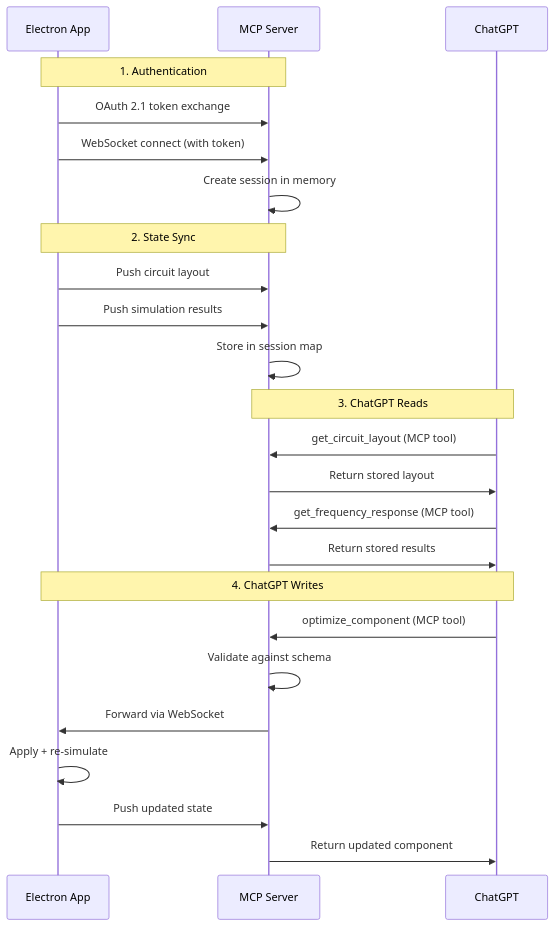
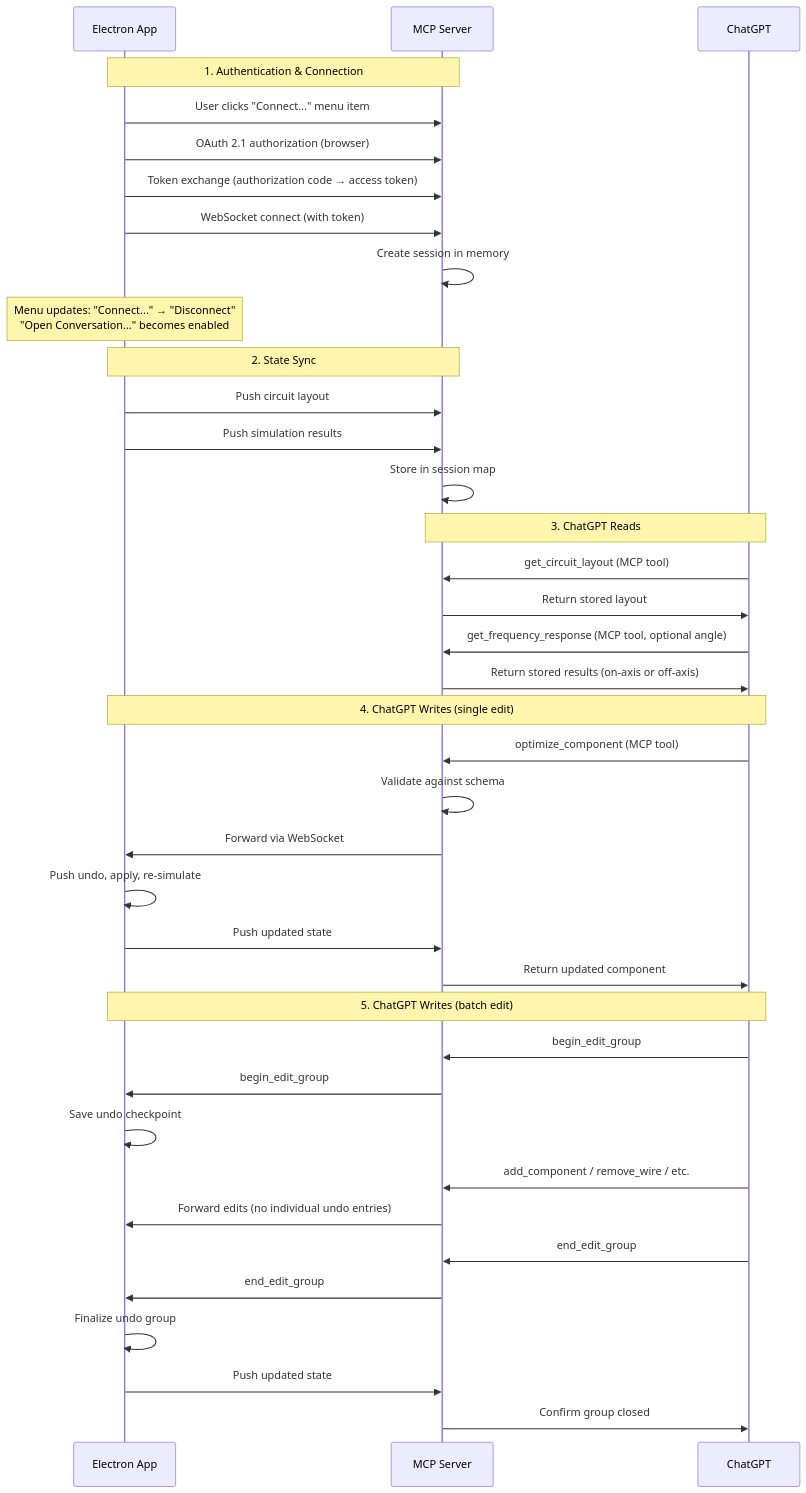
The second of 2 diagrams in .kiro/specs/chatgpt-mcp-server/design.md (acl0056/xoxo), drawn with Mermaid before and after one commit. The commit also changed other lines of this file and 3 other files, not shown here.

````diff
--- a/.kiro/specs/chatgpt-mcp-server/design.md
+++ b/.kiro/specs/chatgpt-mcp-server/design.md
@@ -54,30 +67,45 @@
 ```mermaid
 sequenceDiagram
     participant E as Electron App
     participant S as MCP Server
     participant C as ChatGPT
 
-    Note over E,S: 1. Authentication
-    E->>S: OAuth 2.1 token exchange
+    Note over E,S: 1. Authentication & Connection
+    E->>S: User clicks "Connect..." menu item
+    E->>S: OAuth 2.1 authorization (browser)
+    E->>S: Token exchange (authorization code → access token)
     E->>S: WebSocket connect (with token)
     S->>S: Create session in memory
+    Note over E: Menu updates: "Connect..." → "Disconnect"<br/>"Open Conversation..." becomes enabled
 
     Note over E,S: 2. State Sync
     E->>S: Push circuit layout
     E->>S: Push simulation results
     S->>S: Store in session map
 
     Note over S,C: 3. ChatGPT Reads
     C->>S: get_circuit_layout (MCP tool)
     S->>C: Return stored layout
-    C->>S: get_frequency_response (MCP tool)
-    S->>C: Return stored results
+    C->>S: get_frequency_response (MCP tool, optional angle)
+    S->>C: Return stored results (on-axis or off-axis)
 
-    Note over E,C: 4. ChatGPT Writes
+    Note over E,C: 4. ChatGPT Writes (single edit)
     C->>S: optimize_component (MCP tool)
     S->>S: Validate against schema
     S->>E: Forward via WebSocket
-    E->>E: Apply + re-simulate
+    E->>E: Push undo, apply, re-simulate
     E->>S: Push updated state
     S->>C: Return updated component
+
+    Note over E,C: 5. ChatGPT Writes (batch edit)
+    C->>S: begin_edit_group
+    S->>E: begin_edit_group
+    E->>E: Save undo checkpoint
+    C->>S: add_component / remove_wire / etc.
+    S->>E: Forward edits (no individual undo entries)
+    C->>S: end_edit_group
+    S->>E: end_edit_group
+    E->>E: Finalize undo group
+    E->>S: Push updated state
+    S->>C: Confirm group closed
 ```
````
